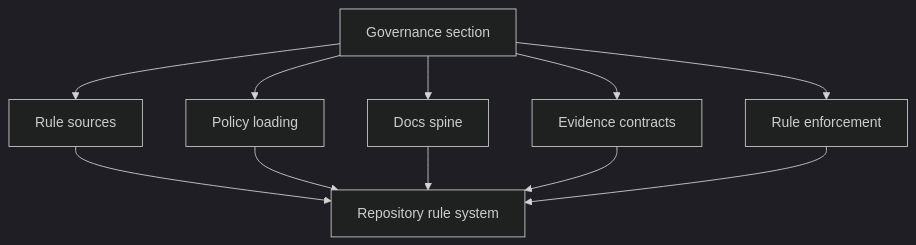
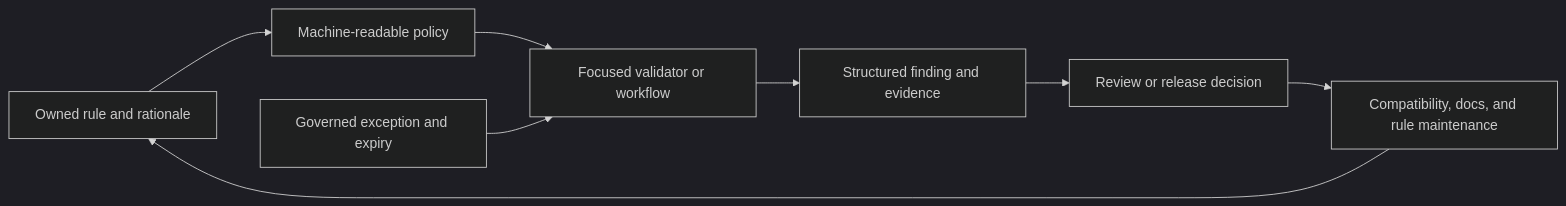
The diagram in docs/bijux-atlas-dev/governance/index.md (bijux/bijux-atlas), drawn with Mermaid (dark theme) before and after one commit. The commit also changed other lines of this file and 2 other files, not shown here.

Commit message:
docs(governance): define evidence identity and custody

````diff
--- a/docs/bijux-atlas-dev/governance/index.md
+++ b/docs/bijux-atlas-dev/governance/index.md
@@ -14,13 +17,10 @@
 ```mermaid
-flowchart TD
-    Governance[Governance section] --> Rules[Rule sources]
-    Governance --> Policies[Policy loading]
-    Governance --> Docs[Docs spine]
-    Governance --> Evidence[Evidence contracts]
-    Governance --> Enforcement[Rule enforcement]
-    Rules --> Control[Repository rule system]
-    Policies --> Control
-    Docs --> Control
-    Evidence --> Control
-    Enforcement --> Control
+flowchart LR
+    Doctrine[Owned rule and rationale] --> Policy[Machine-readable policy]
+    Policy --> Enforce[Focused validator or workflow]
+    Enforce --> Report[Structured finding and evidence]
+    Report --> Decision[Review or release decision]
+    Exception[Governed exception and expiry] --> Enforce
+    Decision --> Feedback[Compatibility, docs, and rule maintenance]
+    Feedback --> Doctrine
 ```
````
